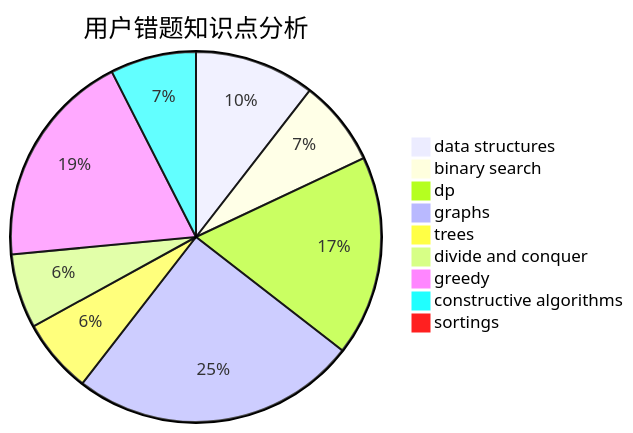
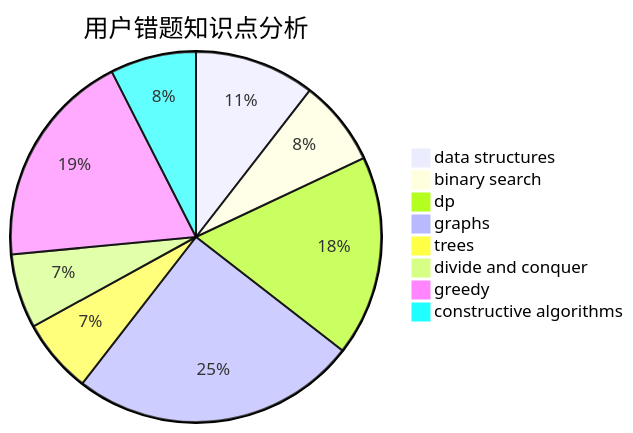
Before and after one commit to sherpahu/cfrs.github.io: the third of 3 diagrams in docs/user/u2217.md, drawn with Mermaid. The commit also changed other lines of this file and 2769 other files, not shown here.

````diff
--- a/docs/user/u2217.md
+++ b/docs/user/u2217.md
@@ -32,12 +31,11 @@
 ```mermaid
 pie title 用户错题知识点分析
     "data structures" :  21
     "binary search" :  15
     "dp" :  35
     "graphs" :  50
     "trees" :  13
     "divide and conquer" :  13
     "greedy" :  38
     "constructive algorithms" :  15
-    "sortings" :  1
 ```
````
